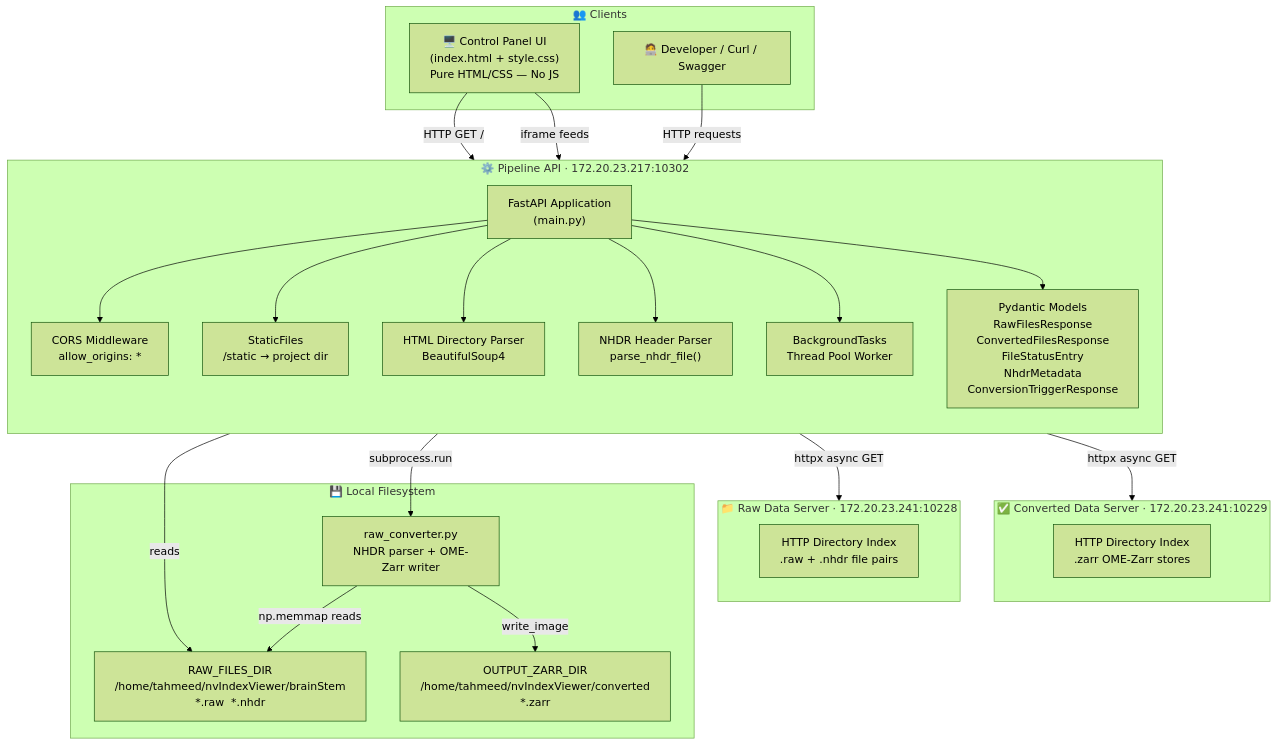
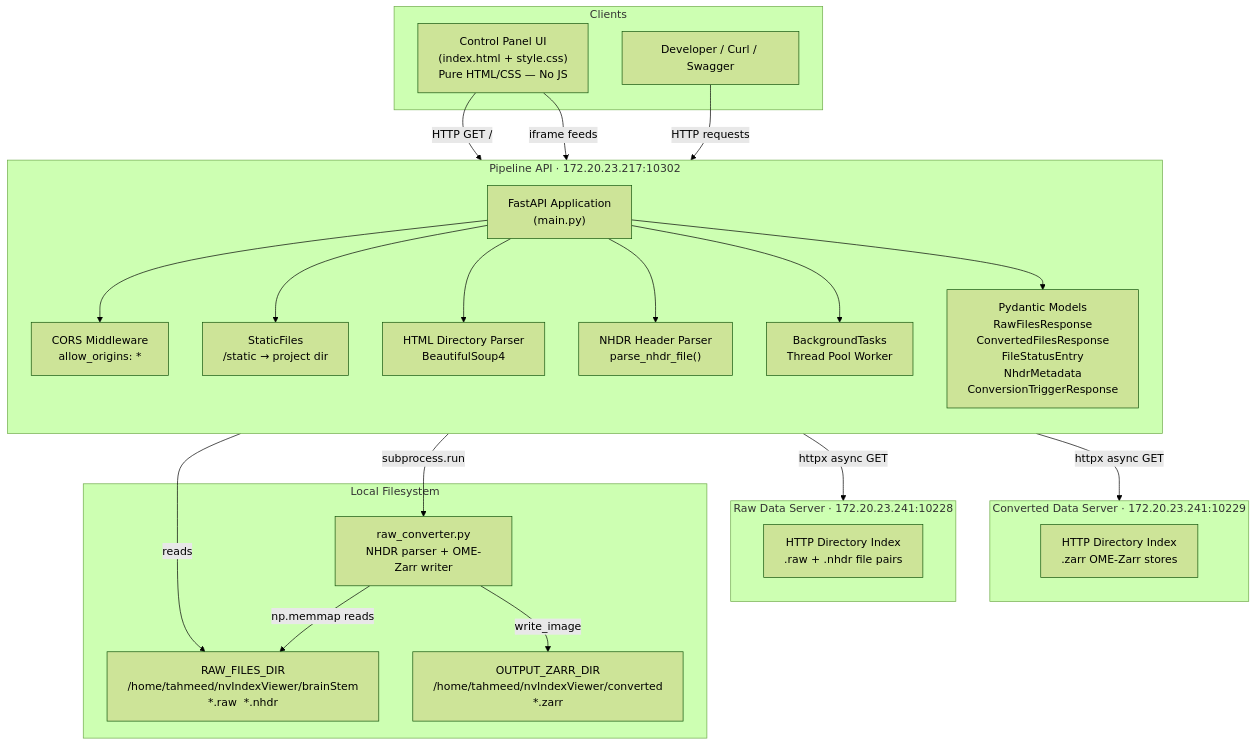
The first of 3 diagrams in README.md (24f2001927/Neuroglancer_Data_Conversion), drawn with Mermaid (forest theme) before and after one commit. The commit also changed other lines of this file, not shown here.

Commit message:
improved diagram labels

````diff
--- a/README.md
+++ b/README.md
@@ -52,52 +52,52 @@
 ```mermaid
 graph TB
-    subgraph CLIENTS["👥 Clients"]
-        UI["🖥️ Control Panel UI<br/>(index.html + style.css)<br/>Pure HTML/CSS — No JS"]
-        DEV["🧑‍💻 Developer / Curl / Swagger"]
+    subgraph CLIENTS["Clients"]
+        UI["Control Panel UI<br/>(index.html + style.css)<br/>Pure HTML/CSS — No JS"]
+        DEV["Developer / Curl / Swagger"]
     end
 
-    subgraph API["⚙️ Pipeline API  ·  172.20.23.217:10302"]
+    subgraph API["Pipeline API  ·  172.20.23.217:10302"]
         direction TB
         FASTAPI["FastAPI Application<br/>(main.py)"]
         CORS["CORS Middleware<br/>allow_origins: *"]
         STATIC["StaticFiles<br/>/static → project dir"]
         PARSER["HTML Directory Parser<br/>BeautifulSoup4"]
         NHDR_PARSE["NHDR Header Parser<br/>parse_nhdr_file()"]
         BG["BackgroundTasks<br/>Thread Pool Worker"]
         MODELS["Pydantic Models<br/>RawFilesResponse<br/>ConvertedFilesResponse<br/>FileStatusEntry<br/>NhdrMetadata<br/>ConversionTriggerResponse"]
     end
 
-    subgraph RAW_SERVER["📁 Raw Data Server  ·  172.20.23.241:10228"]
+    subgraph RAW_SERVER["Raw Data Server  ·  172.20.23.241:10228"]
         RAW_DIR["HTTP Directory Index<br/>.raw + .nhdr file pairs"]
     end
 
-    subgraph CONV_SERVER["✅ Converted Data Server  ·  172.20.23.241:10229"]
+    subgraph CONV_SERVER["Converted Data Server  ·  172.20.23.241:10229"]
         ZARR_DIR["HTTP Directory Index<br/>.zarr OME-Zarr stores"]
     end
 
-    subgraph LOCAL_FS["💾 Local Filesystem"]
+    subgraph LOCAL_FS["Local Filesystem"]
         RAW_FILES["RAW_FILES_DIR<br/>/home/tahmeed/nvIndexViewer/brainStem<br/>*.raw  *.nhdr"]
         OUT_DIR["OUTPUT_ZARR_DIR<br/>/home/tahmeed/nvIndexViewer/converted<br/>*.zarr"]
         SCRIPT["raw_converter.py<br/>NHDR parser + OME-Zarr writer"]
     end
 
     UI -->|HTTP GET /| FASTAPI
     UI -->|iframe feeds| FASTAPI
     DEV -->|HTTP requests| FASTAPI
 
     FASTAPI --> CORS
     FASTAPI --> STATIC
     FASTAPI --> PARSER
     FASTAPI --> NHDR_PARSE
     FASTAPI --> BG
     FASTAPI --> MODELS
 
     PARSER -->|httpx async GET| RAW_SERVER
     PARSER -->|httpx async GET| CONV_SERVER
 
     NHDR_PARSE -->|reads| RAW_FILES
 
     BG -->|subprocess.run| SCRIPT
     SCRIPT -->|np.memmap reads| RAW_FILES
     SCRIPT -->|write_image| OUT_DIR
 ```
````
